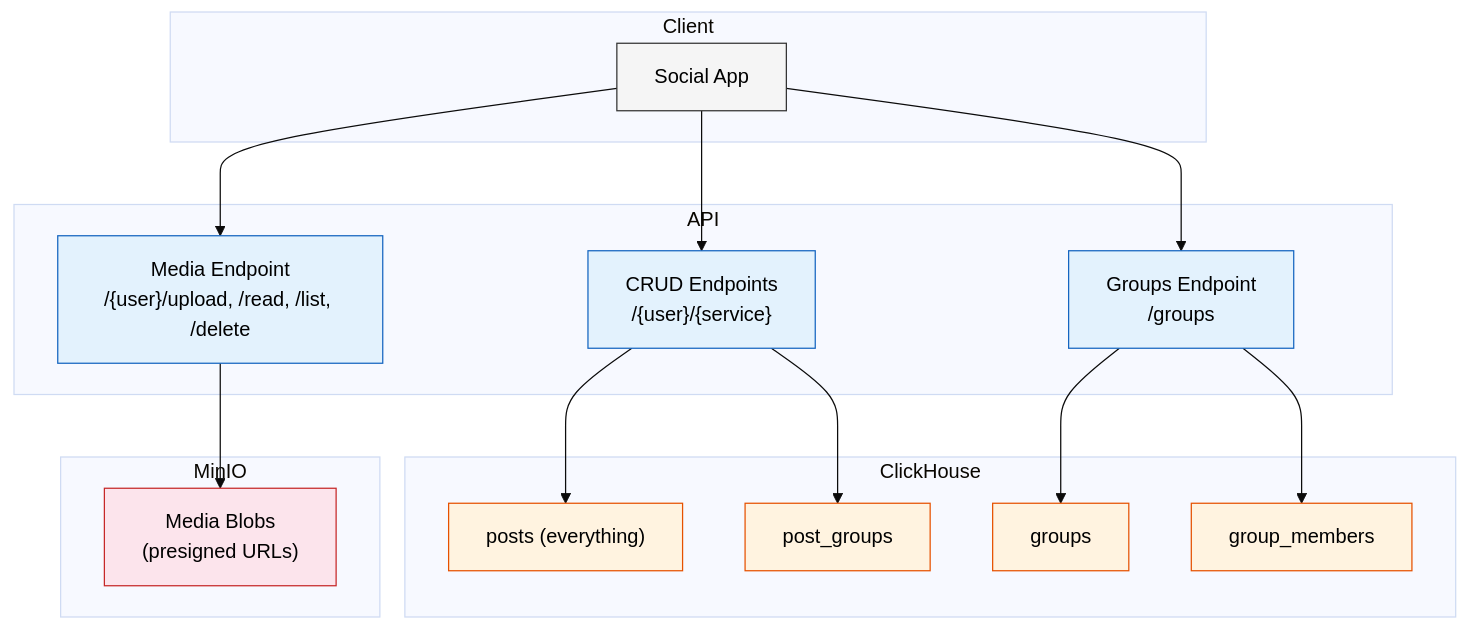
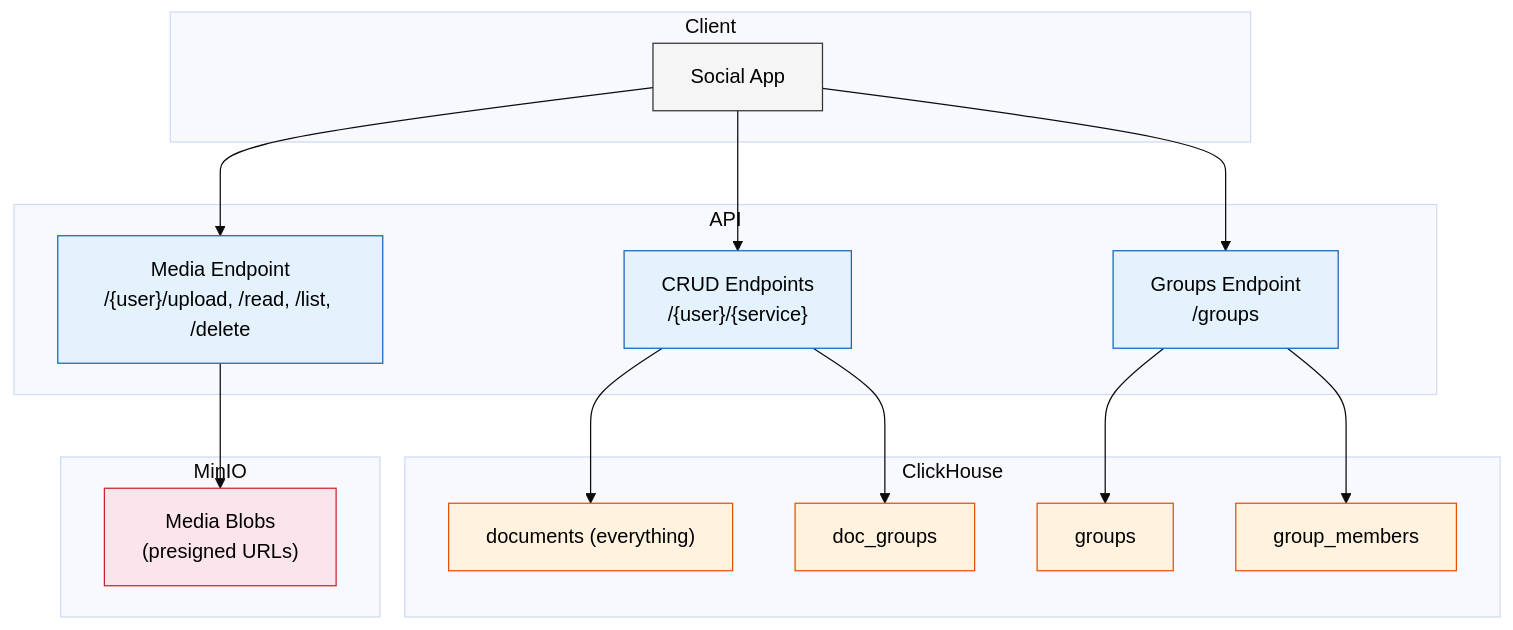
Before and after one commit to jacoby149/web10: the first of 7 diagrams in knowledge/knowledge-base/web10-v3/overview.md, drawn with Mermaid (base theme). The commit also changed other lines of this file and 17 other files, not shown here.

Commit message:
rename: posts table → documents table, post_id → doc_id, post_groups → doc_groups

````diff
--- a/knowledge/knowledge-base/web10-v3/overview.md
+++ b/knowledge/knowledge-base/web10-v3/overview.md
@@ -24,42 +24,42 @@
 ```mermaid
 graph TB
     subgraph Client
         App["Social App"]
     end
 
     subgraph API
         CRUD["CRUD Endpoints\n/{user}/{service}"]
         Groups["Groups Endpoint\n/groups"]
         Media["Media Endpoint\n/{user}/upload, /read, /list, /delete"]
     end
 
     subgraph ClickHouse
-        Posts["posts (everything)"]
-        PostGroups["post_groups"]
+        Documents["documents (everything)"]
+        DocGroups["doc_groups"]
         GroupsTable["groups"]
         GroupMembers["group_members"]
     end
 
     subgraph MinIO
         Blobs["Media Blobs\n(presigned URLs)"]
     end
 
     App --> CRUD
     App --> Groups
     App --> Media
-    CRUD --> Posts
-    CRUD --> PostGroups
+    CRUD --> Documents
+    CRUD --> DocGroups
     Groups --> GroupsTable
     Groups --> GroupMembers
     Media --> Blobs
 
     style App fill:#f5f5f5,stroke:#333,color:#000
     style CRUD fill:#e3f2fd,stroke:#1565c0,color:#000
     style Groups fill:#e3f2fd,stroke:#1565c0,color:#000
     style Media fill:#e3f2fd,stroke:#1565c0,color:#000
-    style Posts fill:#fff3e0,stroke:#e65100,color:#000
-    style PostGroups fill:#fff3e0,stroke:#e65100,color:#000
+    style Documents fill:#fff3e0,stroke:#e65100,color:#000
+    style DocGroups fill:#fff3e0,stroke:#e65100,color:#000
     style GroupsTable fill:#fff3e0,stroke:#e65100,color:#000
     style GroupMembers fill:#fff3e0,stroke:#e65100,color:#000
     style Blobs fill:#fce4ec,stroke:#c62828,color:#000
 ```
````
